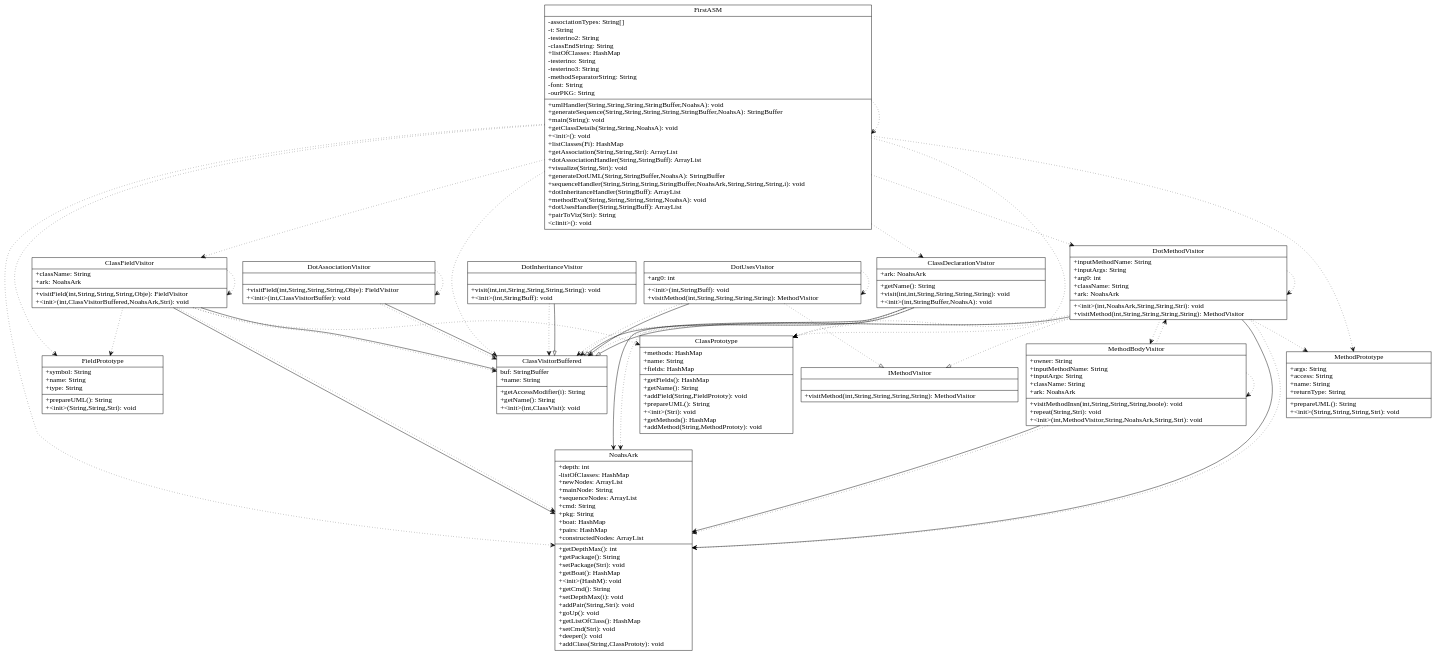
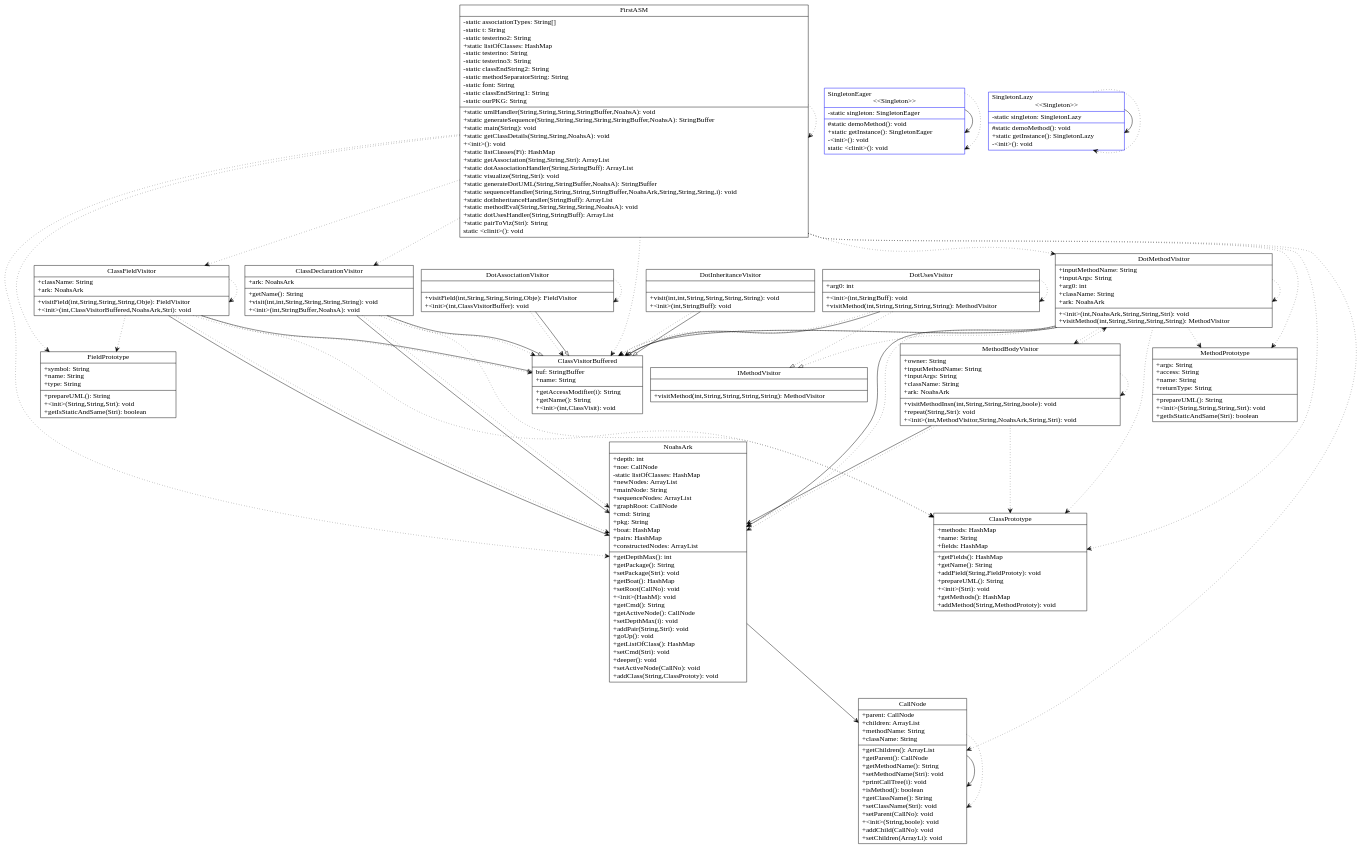
One commit to Maast3r/UMLMaker changed the diagram in src/src.dot. Above: the diagram before and after it, drawn with Graphviz. The commit also changed 10 other files, not shown here.

```diff
--- a/src/src.dot
+++ b/src/src.dot
@@ -1,88 +1,122 @@
 digraph G{
 	fontname = "Bitstream Vera Sans"
 	fontsize = 16
 
 node [
 	fontname = "Bitstream Vera Sans"
 	fontsize = 16
 
         shape = "record"
 ]
 edge [
 	fontname = "Bitstream Vera Sans"
 	fontsize = 16
 ]
 IMethodVisitor [ 
+center=true
     label="{IMethodVisitor| | +visitMethod(int,String,String,String,String): MethodVisitor\l}"]
 MethodPrototype [ 
-    label="{MethodPrototype|+args: String \l+access: String \l+name: String \l+returnType: String \l | +prepareUML(): String\l+\<init\>(String,String,String,Stri): void\l}"]
+center=true
+    label="{MethodPrototype|+args: String \l+access: String \l+name: String \l+returnType: String \l | +prepareUML(): String\l+\<init\>(String,String,String,Stri): void\l+getIsStaticAndSame(Stri): boolean\l}"]
 ClassVisitorBuffered [ 
+center=true
     label="{ClassVisitorBuffered|buf: StringBuffer \l+name: String \l | +getAccessModifier(i): String\l+getName(): String\l+\<init\>(int,ClassVisit): void\l}"]
 DotMethodVisitor [ 
+center=true
     label="{DotMethodVisitor|+inputMethodName: String \l+inputArgs: String \l+arg0: int \l+className: String \l+ark: NoahsArk \l | +\<init\>(int,NoahsArk,String,String,Stri): void\l+visitMethod(int,String,String,String,String): MethodVisitor\l}"]
+SingletonEager [ 
+center=true
+    label="{SingletonEager\l\<\<Singleton\>\>|-static singleton: SingletonEager \l | #static demoMethod(): void\l+static getInstance(): SingletonEager\l-\<init\>(): void\lstatic \<clinit\>(): void\l}"color = blue
+]
 MethodBodyVisitor [ 
+center=true
     label="{MethodBodyVisitor|+owner: String \l+inputMethodName: String \l+inputArgs: String \l+className: String \l+ark: NoahsArk \l | +visitMethodInsn(int,String,String,String,boole): void\l+repeat(String,Stri): void\l+\<init\>(int,MethodVisitor,String,NoahsArk,String,Stri): void\l}"]
 NoahsArk [ 
-    label="{NoahsArk|+depth: int \l-listOfClasses: HashMap \l+newNodes: ArrayList \l+mainNode: String \l+sequenceNodes: ArrayList \l+cmd: String \l+pkg: String \l+boat: HashMap \l+pairs: HashMap \l+constructedNodes: ArrayList \l | +getDepthMax(): int\l+getPackage(): String\l+setPackage(Stri): void\l+getBoat(): HashMap\l+\<init\>(HashM): void\l+getCmd(): String\l+setDepthMax(i): void\l+addPair(String,Stri): void\l+goUp(): void\l+getListOfClass(): HashMap\l+setCmd(Stri): void\l+deeper(): void\l+addClass(String,ClassPrototy): void\l}"]
+center=true
+    label="{NoahsArk|+depth: int \l+noe: CallNode \l-static listOfClasses: HashMap \l+newNodes: ArrayList \l+mainNode: String \l+sequenceNodes: ArrayList \l+graphRoot: CallNode \l+cmd: String \l+pkg: String \l+boat: HashMap \l+pairs: HashMap \l+constructedNodes: ArrayList \l | +getDepthMax(): int\l+getPackage(): String\l+setPackage(Stri): void\l+getBoat(): HashMap\l+setRoot(CallNo): void\l+\<init\>(HashM): void\l+getCmd(): String\l+getActiveNode(): CallNode\l+setDepthMax(i): void\l+addPair(String,Stri): void\l+goUp(): void\l+getListOfClass(): HashMap\l+setCmd(Stri): void\l+deeper(): void\l+setActiveNode(CallNo): void\l+addClass(String,ClassPrototy): void\l}"]
 ClassDeclarationVisitor [ 
+center=true
     label="{ClassDeclarationVisitor|+ark: NoahsArk \l | +getName(): String\l+visit(int,int,String,String,String,String): void\l+\<init\>(int,StringBuffer,NoahsA): void\l}"]
+CallNode [ 
+center=true
+    label="{CallNode|+parent: CallNode \l+children: ArrayList \l+methodName: String \l+className: String \l | +getChildren(): ArrayList\l+getParent(): CallNode\l+getMethodName(): String\l+setMethodName(Stri): void\l+printCallTree(i): void\l+isMethod(): boolean\l+getClassName(): String\l+setClassName(Stri): void\l+setParent(CallNo): void\l+\<init\>(String,boole): void\l+addChild(CallNo): void\l+setChildren(ArrayLi): void\l}"]
 FieldPrototype [ 
-    label="{FieldPrototype|+symbol: String \l+name: String \l+type: String \l | +prepareUML(): String\l+\<init\>(String,String,Stri): void\l}"]
+center=true
+    label="{FieldPrototype|+symbol: String \l+name: String \l+type: String \l | +prepareUML(): String\l+\<init\>(String,String,Stri): void\l+getIsStaticAndSame(Stri): boolean\l}"]
 DotUsesVisitor [ 
+center=true
     label="{DotUsesVisitor|+arg0: int \l | +\<init\>(int,StringBuff): void\l+visitMethod(int,String,String,String,String): MethodVisitor\l}"]
+SingletonLazy [ 
+center=true
+    label="{SingletonLazy\l\<\<Singleton\>\>|-static singleton: SingletonLazy \l | #static demoMethod(): void\l+static getInstance(): SingletonLazy\l-\<init\>(): void\l}"color = blue
+]
 ClassFieldVisitor [ 
+center=true
     label="{ClassFieldVisitor|+className: String \l+ark: NoahsArk \l | +visitField(int,String,String,String,Obje): FieldVisitor\l+\<init\>(int,ClassVisitorBuffered,NoahsArk,Stri): void\l}"]
 ClassPrototype [ 
+center=true
     label="{ClassPrototype|+methods: HashMap \l+name: String \l+fields: HashMap \l | +getFields(): HashMap\l+getName(): String\l+addField(String,FieldPrototy): void\l+prepareUML(): String\l+\<init\>(Stri): void\l+getMethods(): HashMap\l+addMethod(String,MethodPrototy): void\l}"]
 DotInheritanceVisitor [ 
+center=true
     label="{DotInheritanceVisitor| | +visit(int,int,String,String,String,String): void\l+\<init\>(int,StringBuff): void\l}"]
 FirstASM [ 
-    label="{FirstASM|-associationTypes: String[] \l-t: String \l-testerino2: String \l-classEndString: String \l+listOfClasses: HashMap \l-testerino: String \l-testerino3: String \l-methodSeparatorString: String \l-font: String \l-ourPKG: String \l | +umlHandler(String,String,String,StringBuffer,NoahsA): void\l+generateSequence(String,String,String,String,StringBuffer,NoahsA): StringBuffer\l+main(String): void\l+getClassDetails(String,String,NoahsA): void\l+\<init\>(): void\l+listClasses(Fi): HashMap\l+getAssociation(String,String,Stri): ArrayList\l+dotAssociationHandler(String,StringBuff): ArrayList\l+visualize(String,Stri): void\l+generateDotUML(String,StringBuffer,NoahsA): StringBuffer\l+sequenceHandler(String,String,String,StringBuffer,NoahsArk,String,String,String,i): void\l+dotInheritanceHandler(StringBuff): ArrayList\l+methodEval(String,String,String,String,NoahsA): void\l+dotUsesHandler(String,StringBuff): ArrayList\l+pairToViz(Stri): String\l\<clinit\>(): void\l}"]
+center=true
+    label="{FirstASM|-static associationTypes: String[] \l-static t: String \l-static testerino2: String \l+static listOfClasses: HashMap \l-static testerino: String \l-static testerino3: String \l-static classEndString2: String \l-static methodSeparatorString: String \l-static font: String \l-static classEndString1: String \l-static ourPKG: String \l | +static umlHandler(String,String,String,StringBuffer,NoahsA): void\l+static generateSequence(String,String,String,String,StringBuffer,NoahsA): StringBuffer\l+static main(String): void\l+static getClassDetails(String,String,NoahsA): void\l+\<init\>(): void\l+static listClasses(Fi): HashMap\l+static getAssociation(String,String,Stri): ArrayList\l+static dotAssociationHandler(String,StringBuff): ArrayList\l+static visualize(String,Stri): void\l+static generateDotUML(String,StringBuffer,NoahsA): StringBuffer\l+static sequenceHandler(String,String,String,StringBuffer,NoahsArk,String,String,String,i): void\l+static dotInheritanceHandler(StringBuff): ArrayList\l+static methodEval(String,String,String,String,NoahsA): void\l+static dotUsesHandler(String,StringBuff): ArrayList\l+static pairToViz(Stri): String\lstatic \<clinit\>(): void\l}"]
 DotAssociationVisitor [ 
+center=true
     label="{DotAssociationVisitor| | +visitField(int,String,String,String,Obje): FieldVisitor\l+\<init\>(int,ClassVisitorBuffer): void\l}"]
+SingletonLazy -> SingletonLazy[arrowhead = vee]
+SingletonLazy -> SingletonLazy[arrowhead = vee, style = dotted]
 ClassFieldVisitor -> ClassPrototype[arrowhead = vee, style = dotted]
 ClassFieldVisitor -> NoahsArk[arrowhead = vee]
 ClassFieldVisitor -> ClassFieldVisitor[arrowhead = vee, style = dotted]
 ClassFieldVisitor -> ClassVisitorBuffered[arrowhead = vee, style = dotted]
 ClassFieldVisitor -> ClassVisitorBuffered [arrowhead = onormal]
 ClassFieldVisitor -> NoahsArk[arrowhead = vee, style = dotted]
 ClassFieldVisitor -> FieldPrototype[arrowhead = vee, style = dotted]
 DotMethodVisitor -> ClassPrototype[arrowhead = vee, style = dotted]
 DotMethodVisitor -> NoahsArk[arrowhead = vee]
 DotMethodVisitor -> ClassVisitorBuffered[arrowhead = vee, style = dotted]
 DotMethodVisitor -> DotMethodVisitor[arrowhead = vee, style = dotted]
 DotMethodVisitor -> MethodBodyVisitor[arrowhead = vee, style = dotted]
 DotMethodVisitor -> MethodPrototype[arrowhead = vee, style = dotted]
 DotMethodVisitor -> ClassVisitorBuffered [arrowhead = onormal]
 DotMethodVisitor -> NoahsArk[arrowhead = vee, style = dotted]
 DotMethodVisitor -> IMethodVisitor[arrowhead = onormal,style = dotted]
 DotInheritanceVisitor -> ClassVisitorBuffered[arrowhead = vee, style = dotted]
 DotInheritanceVisitor -> ClassVisitorBuffered [arrowhead = onormal]
+SingletonEager -> SingletonEager[arrowhead = vee]
+SingletonEager -> SingletonEager[arrowhead = vee, style = dotted]
 FirstASM -> FirstASM[arrowhead = vee, style = dotted]
 FirstASM -> ClassPrototype[arrowhead = vee, style = dotted]
 FirstASM -> ClassFieldVisitor[arrowhead = vee, style = dotted]
 FirstASM -> ClassVisitorBuffered[arrowhead = vee, style = dotted]
 FirstASM -> DotMethodVisitor[arrowhead = vee, style = dotted]
+FirstASM -> CallNode[arrowhead = vee, style = dotted]
 FirstASM -> MethodPrototype[arrowhead = vee, style = dotted]
 FirstASM -> NoahsArk[arrowhead = vee, style = dotted]
 FirstASM -> ClassDeclarationVisitor[arrowhead = vee, style = dotted]
 FirstASM -> FieldPrototype[arrowhead = vee, style = dotted]
 DotAssociationVisitor -> ClassVisitorBuffered[arrowhead = vee, style = dotted]
 DotAssociationVisitor -> DotAssociationVisitor[arrowhead = vee, style = dotted]
 DotAssociationVisitor -> ClassVisitorBuffered [arrowhead = onormal]
+MethodBodyVisitor -> ClassPrototype[arrowhead = vee, style = dotted]
 MethodBodyVisitor -> NoahsArk[arrowhead = vee]
 MethodBodyVisitor -> DotMethodVisitor[arrowhead = vee, style = dotted]
 MethodBodyVisitor -> MethodBodyVisitor[arrowhead = vee, style = dotted]
 MethodBodyVisitor -> NoahsArk[arrowhead = vee, style = dotted]
+NoahsArk -> CallNode[arrowhead = vee]
 ClassDeclarationVisitor -> ClassPrototype[arrowhead = vee, style = dotted]
 ClassDeclarationVisitor -> NoahsArk[arrowhead = vee]
 ClassDeclarationVisitor -> ClassVisitorBuffered[arrowhead = vee, style = dotted]
 ClassDeclarationVisitor -> ClassVisitorBuffered [arrowhead = onormal]
 ClassDeclarationVisitor -> NoahsArk[arrowhead = vee, style = dotted]
+CallNode -> CallNode[arrowhead = vee]
+CallNode -> CallNode[arrowhead = vee, style = dotted]
 DotUsesVisitor -> ClassVisitorBuffered[arrowhead = vee, style = dotted]
 DotUsesVisitor -> DotUsesVisitor[arrowhead = vee, style = dotted]
 DotUsesVisitor -> ClassVisitorBuffered [arrowhead = onormal]
 DotUsesVisitor -> IMethodVisitor[arrowhead = onormal,style = dotted]
 
 
 }
```
